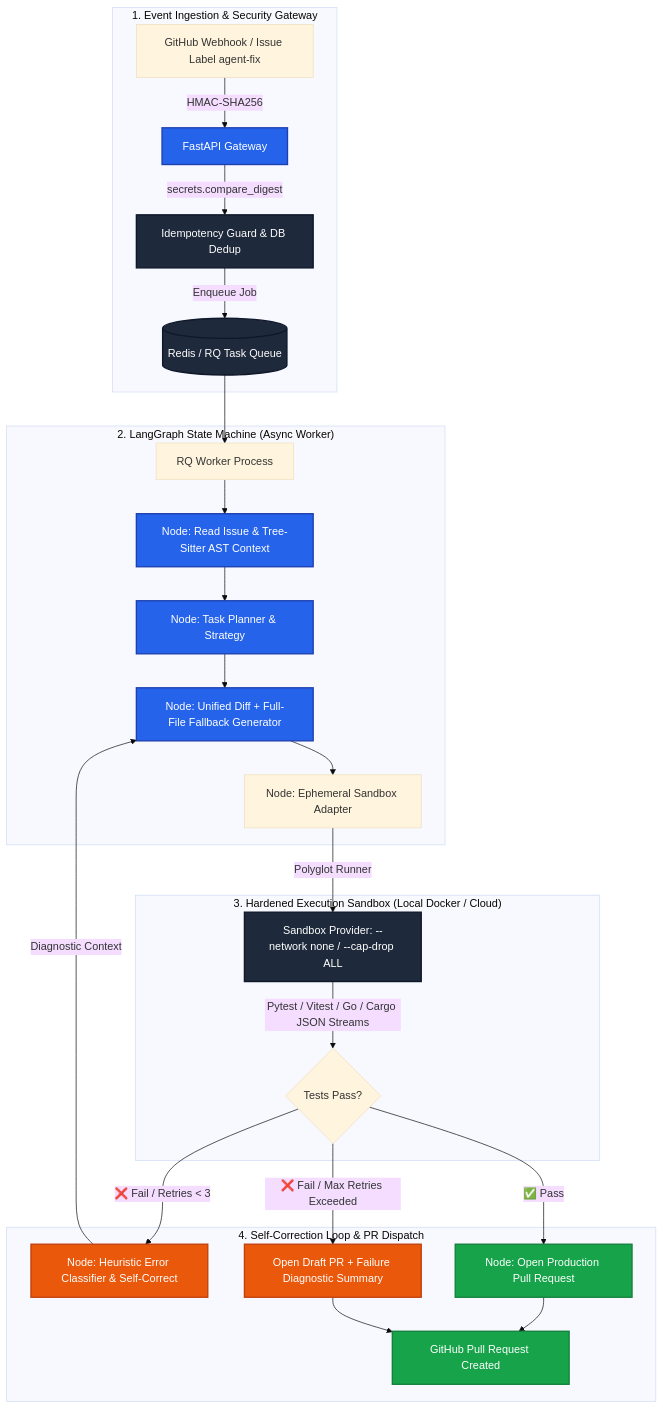
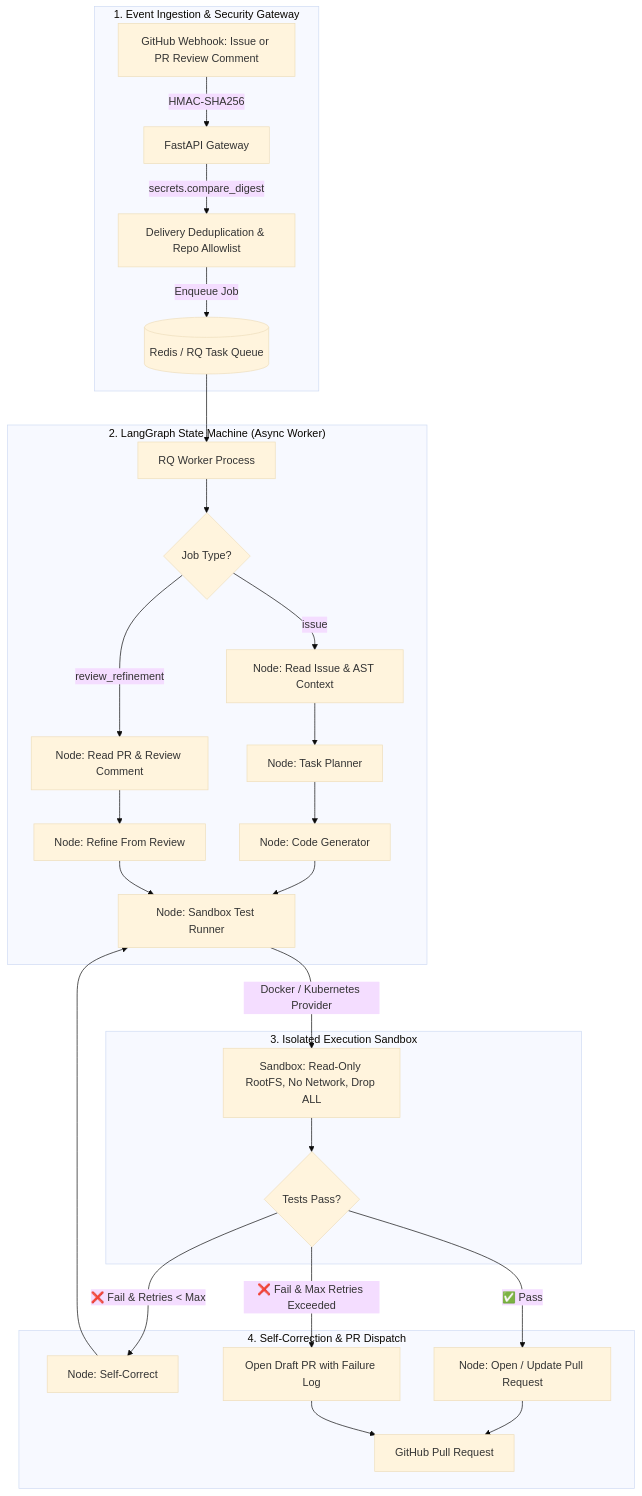
Before and after one commit to Dhanu2007-G/swe-agent: the diagram in README.md, drawn with Mermaid (base theme). The commit also changed other lines of this file and 85 other files, not shown here.

````diff
--- a/README.md
+++ b/README.md
@@ -26,40 +38,34 @@
 ```mermaid
 flowchart TD
     subgraph Ingestion ["1. Event Ingestion & Security Gateway"]
-        GH[GitHub Webhook / Issue Label agent-fix] -->|HMAC-SHA256| API[FastAPI Gateway]
-        API -->|secrets.compare_digest| IDEMP[Idempotency Guard & DB Dedup]
+        GH[GitHub Webhook: Issue or PR Review Comment] -->|HMAC-SHA256| API[FastAPI Gateway]
+        API -->|secrets.compare_digest| IDEMP[Delivery Deduplication & Repo Allowlist]
         IDEMP -->|Enqueue Job| RQ[(Redis / RQ Task Queue)]
     end
 
     subgraph Orchestration ["2. LangGraph State Machine (Async Worker)"]
         RQ --> W[RQ Worker Process]
-        W --> READ[Node: Read Issue & Tree-Sitter AST Context]
-        READ --> PLAN[Node: Task Planner & Strategy]
-        PLAN --> CODE[Node: Unified Diff + Full-File Fallback Generator]
-        CODE --> SANDBOX[Node: Ephemeral Sandbox Adapter]
+        W --> ROUTE{Job Type?}
+        ROUTE -->|issue| READ[Node: Read Issue & AST Context]
+        ROUTE -->|review_refinement| READ_REV[Node: Read PR & Review Comment]
+        READ --> PLAN[Node: Task Planner]
+        PLAN --> CODE[Node: Code Generator]
+        READ_REV --> REFINE[Node: Refine From Review]
+        CODE --> TEST[Node: Sandbox Test Runner]
+        REFINE --> TEST
     end
 
-    subgraph Sandbox ["3. Hardened Execution Sandbox (Local Docker / Cloud)"]
-        SANDBOX -->|Polyglot Runner| RUNNER[Sandbox Provider: --network none / --cap-drop ALL]
-        RUNNER -->|Pytest / Vitest / Go / Cargo JSON Streams| EVAL{Tests Pass?}
+    subgraph Sandbox ["3. Isolated Execution Sandbox"]
+        TEST -->|Docker / Kubernetes Provider| RUNNER[Sandbox: Read-Only RootFS, No Network, Drop ALL]
+        RUNNER --> EVAL{Tests Pass?}
     end
 
-    subgraph Resolution ["4. Self-Correction Loop & PR Dispatch"]
-        EVAL -->|❌ Fail / Retries < 3| CORRECT[Node: Heuristic Error Classifier & Self-Correct]
-        CORRECT -->|Diagnostic Context| CODE
-        EVAL -->|❌ Fail / Max Retries Exceeded| DRAFT[Open Draft PR + Failure Diagnostic Summary]
-        EVAL -->|✅ Pass| PR[Node: Open Production Pull Request]
-        PR --> GITHUB[GitHub Pull Request Created]
+    subgraph Resolution ["4. Self-Correction & PR Dispatch"]
+        EVAL -->|❌ Fail & Retries < Max| CORRECT[Node: Self-Correct]
+        CORRECT --> TEST
+        EVAL -->|❌ Fail & Max Retries Exceeded| DRAFT[Open Draft PR with Failure Log]
+        EVAL -->|✅ Pass| PR[Node: Open / Update Pull Request]
+        PR --> GITHUB[GitHub Pull Request]
         DRAFT --> GITHUB
     end
-
-    classDef primary fill:#2563eb,stroke:#1e40af,stroke-width:2px,color:#ffffff;
-    classDef success fill:#16a34a,stroke:#15803d,stroke-width:2px,color:#ffffff;
-    classDef warn fill:#ea580c,stroke:#c2410c,stroke-width:2px,color:#ffffff;
-    classDef dark fill:#1e293b,stroke:#0f172a,stroke-width:2px,color:#ffffff;
-
-    class API,READ,PLAN,CODE primary;
-    class PR,GITHUB success;
-    class CORRECT,DRAFT warn;
-    class RUNNER,RQ,IDEMP dark;
 ```
````
